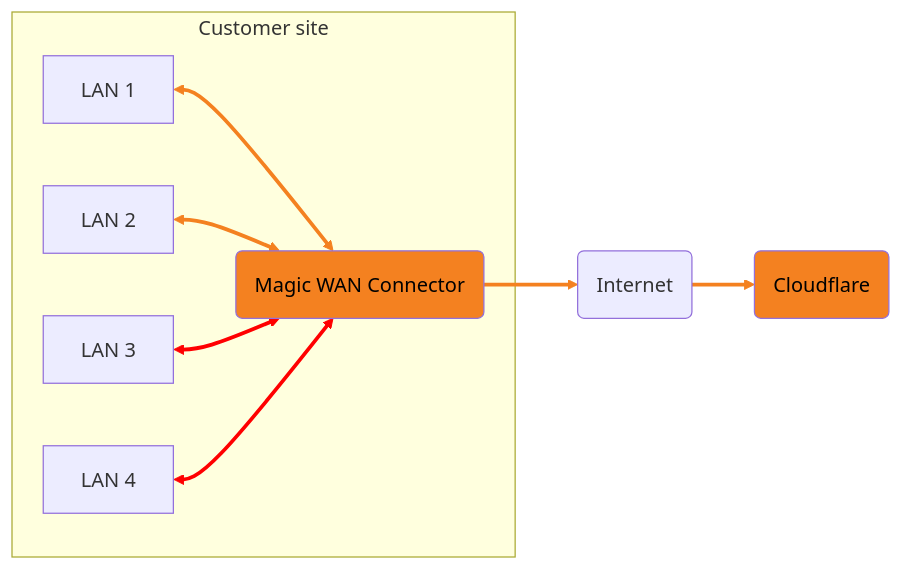
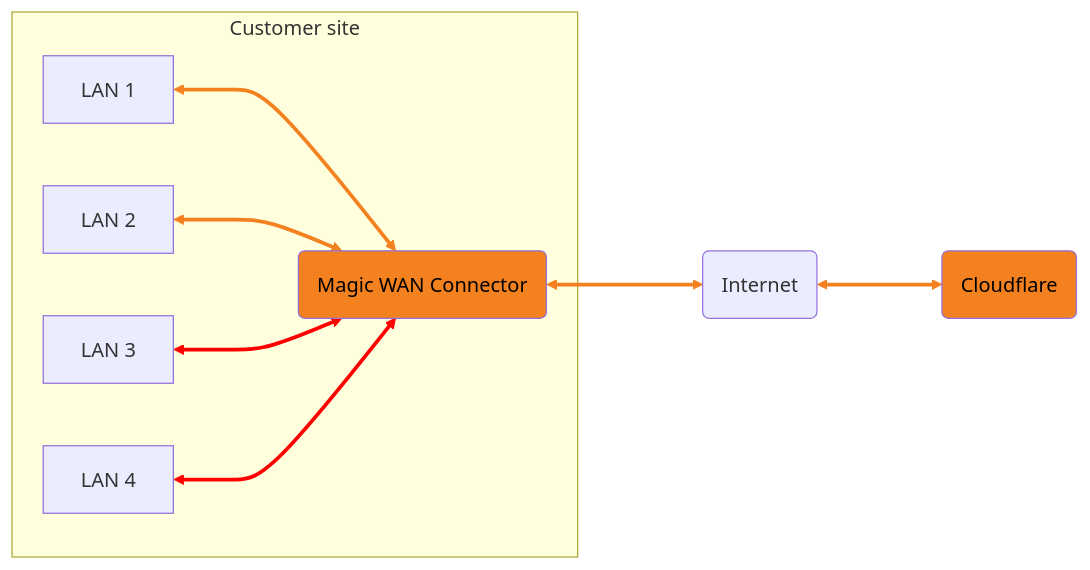
One commit to cloudflare/cloudflare-docs changed the diagram in content/magic-wan/configuration/connector/network-options/network-segmentation.md. Above: the diagram before and after it, drawn with Mermaid. The commit also changed other lines of this file, not shown here.

Commit message:
refined graph and text

````diff
--- a/content/magic-wan/configuration/connector/network-options/network-segmentation.md
+++ b/content/magic-wan/configuration/connector/network-options/network-segmentation.md
@@ -10,17 +10,17 @@
 ```mermaid
 flowchart LR
 accTitle: In this example, there are LANs where traffic flows between each other, instead of going to Cloudflare first.
-    a(Magic WAN Connector)--> b(Internet) --> c(Cloudflare)
+    a(Magic WAN Connector) <---> b(Internet) <---> c(Cloudflare)
 
     subgraph Customer site
-    d[LAN 1] <--> a
-    e[LAN 2] <--> a
-    g[LAN 3] <--> a
-    h[LAN 4] <--> a
+    d[LAN 1] <---> a
+    e[LAN 2] <---> a
+    g[LAN 3] <---> a
+    h[LAN 4] <---> a
     end
     classDef orange fill:#f48120,color: black
     class a,c orange
 
     linkStyle 0,1,2,3 stroke:#f48120,stroke-width:3px
     linkStyle 4,5 stroke:red,stroke-width:3px
 ```
````
